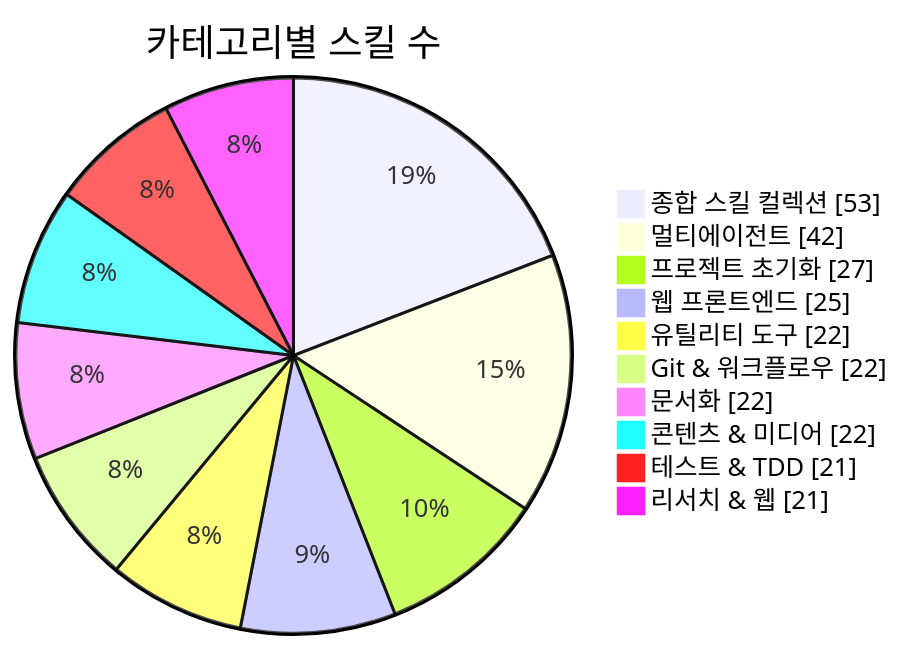
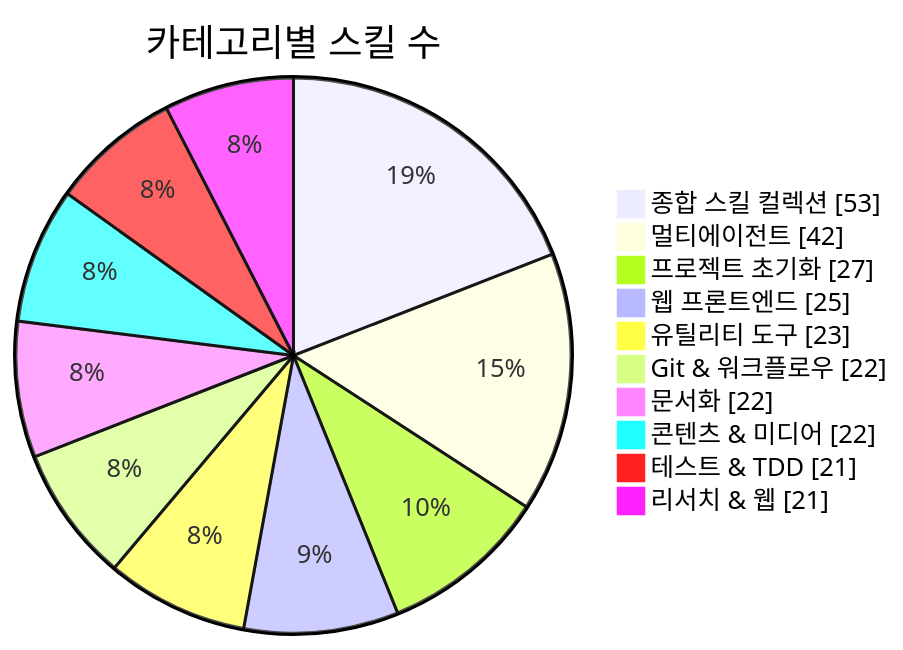
The first of 3 diagrams in README.md (J-nowcow/awesome-korean-agent-skills), drawn with Mermaid before and after one commit. The commit also changed other lines of this file and 3 other files, not shown here.

````diff
--- a/README.md
+++ b/README.md
@@ -176,14 +176,14 @@
 ```mermaid
 pie showData
     title 카테고리별 스킬 수
     "종합 스킬 컬렉션" : 53
     "멀티에이전트" : 42
     "프로젝트 초기화" : 27
     "웹 프론트엔드" : 25
-    "유틸리티 도구" : 22
+    "유틸리티 도구" : 23
     "Git & 워크플로우" : 22
     "문서화" : 22
     "콘텐츠 & 미디어" : 22
     "테스트 & TDD" : 21
     "리서치 & 웹" : 21
 ```
````
